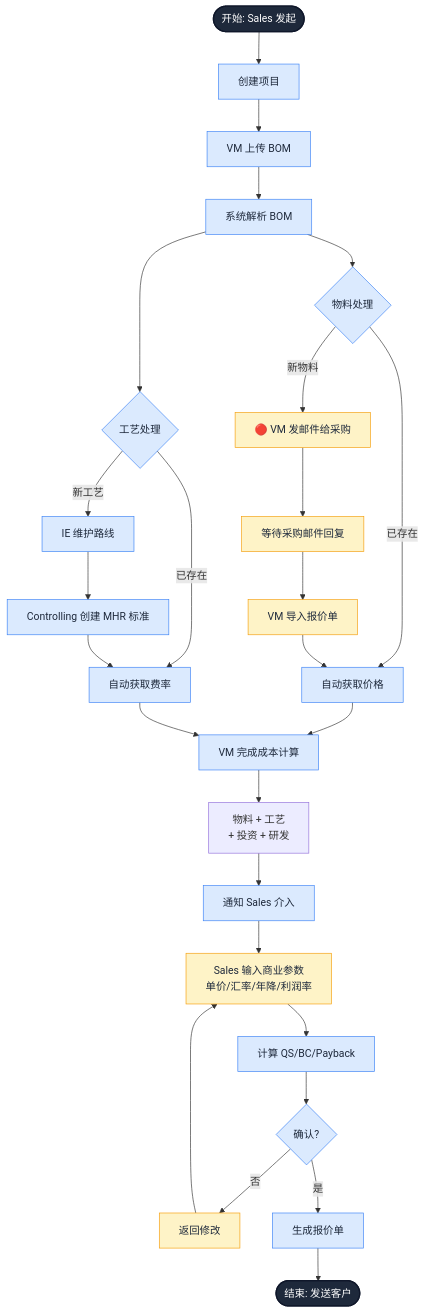
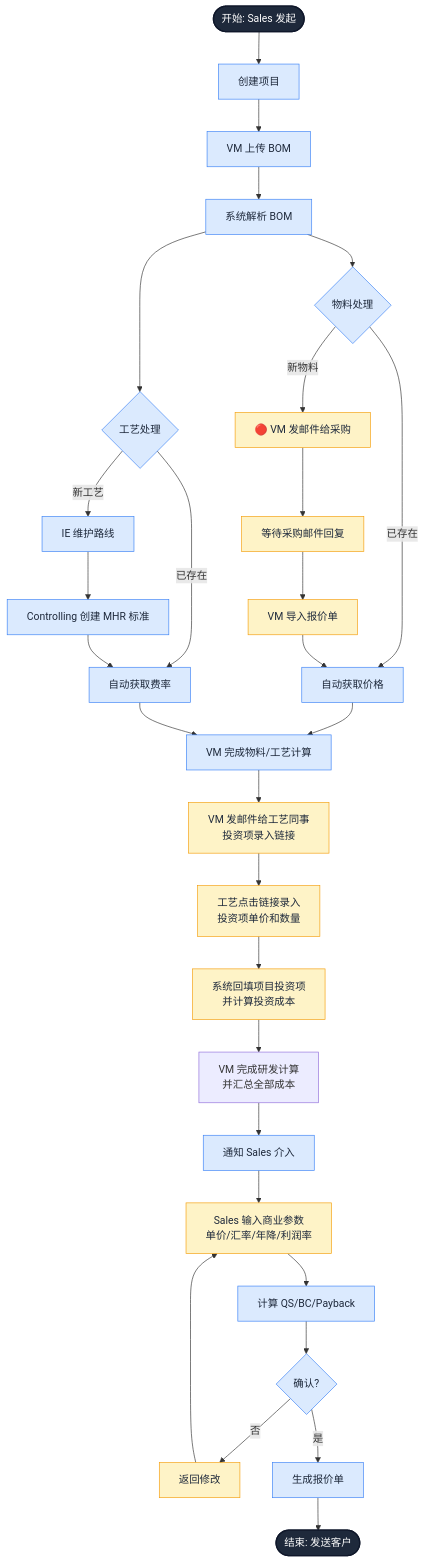
Before and after one commit to randyluo85/Quoting-Copilot: the first of 2 diagrams in docs/产品需求文档.md, drawn with Mermaid. The commit also changed other lines of this file and 14 other files, not shown here.

Commit message:
docs: sync process/investment logic and remove API-schema defs

````diff
--- a/docs/产品需求文档.md
+++ b/docs/产品需求文档.md
@@ -480,50 +506,53 @@
 ```mermaid
 flowchart TB
     Start([开始: Sales 发起]) --> Project[创建项目]
 
     Project --> Upload[VM 上传 BOM]
     Upload --> Parse[系统解析 BOM]
 
     Parse --> MBranch{物料处理}
     Parse --> PBranch{工艺处理}
 
     %% 物料分支（左侧）
     MBranch -->|已存在| MAuto[自动获取价格]
     MBranch -->|新物料| MMail[🔴 VM 发邮件给采购]
     MMail --> MWait[等待采购邮件回复]
     MWait --> MImport[VM 导入报价单]
     MImport --> MAuto
 
     %% 工艺分支（右侧）
     PBranch -->|已存在| PAuto[自动获取费率]
     PBranch -->|新工艺| PIE[IE 维护路线]
     PIE --> PControl[Controlling 创建 MHR 标准]
     PControl --> PAuto
 
     %% 汇合计算
-    MAuto --> Calc[VM 完成成本计算]
+    MAuto --> Calc[VM 完成物料/工艺计算]
     PAuto --> Calc
 
-    Calc --> CalcFull[物料 + 工艺<br/>+ 投资 + 研发]
+    Calc --> InvMail[VM 发邮件给工艺同事<br/>投资项录入链接]
+    InvMail --> InvInput[工艺点击链接录入<br/>投资项单价和数量]
+    InvInput --> InvBackfill[系统回填项目投资项<br/>并计算投资成本]
+    InvBackfill --> CalcFull[VM 完成研发计算<br/>并汇总全部成本]
     CalcFull --> Notify[通知 Sales 介入]
 
     %% Sales 输入商业参数
     Notify --> Sales[Sales 输入商业参数<br/>单价/汇率/年降/利润率]
     Sales --> CalcQSBC[计算 QS/BC/Payback]
 
     CalcQSBC --> SDec{确认?}
     SDec -->|否| SEdit[返回修改]
     SEdit --> Sales
 
     SDec -->|是| Export[生成报价单]
     Export --> End([结束: 发送客户])
 
     %% 样式：不超过3种颜色
     classDef startEnd fill:#1e293b,stroke:#0f172a,stroke-width:2px,color:#fff
     classDef process fill:#dbeafe,stroke:#3b82f6,stroke-width:1px,color:#1e293b
     classDef highlight fill:#fef3c7,stroke:#f59e0b,stroke-width:1px,color:#1e293b
 
     class Start,End startEnd
     class MBranch,PBranch,SDec,MAuto,PAuto,Calc,CalcQSBC,PIE,PControl,Project,Upload,Parse,Notify,Export process
-    class SEdit,MImport,Sales,MMail,MWait highlight
+    class SEdit,MImport,Sales,MMail,MWait,InvMail,InvInput,InvBackfill highlight
 ```
````
